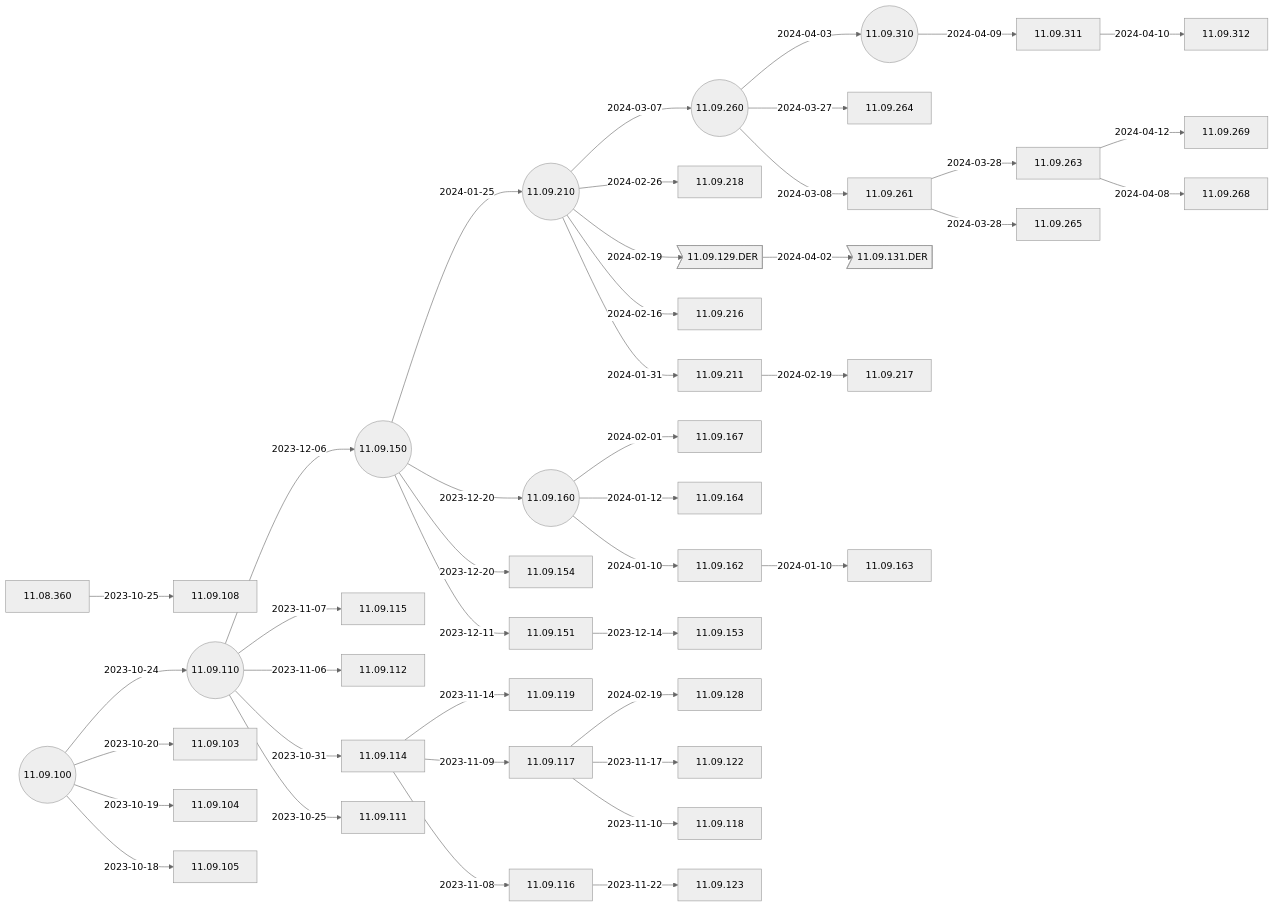
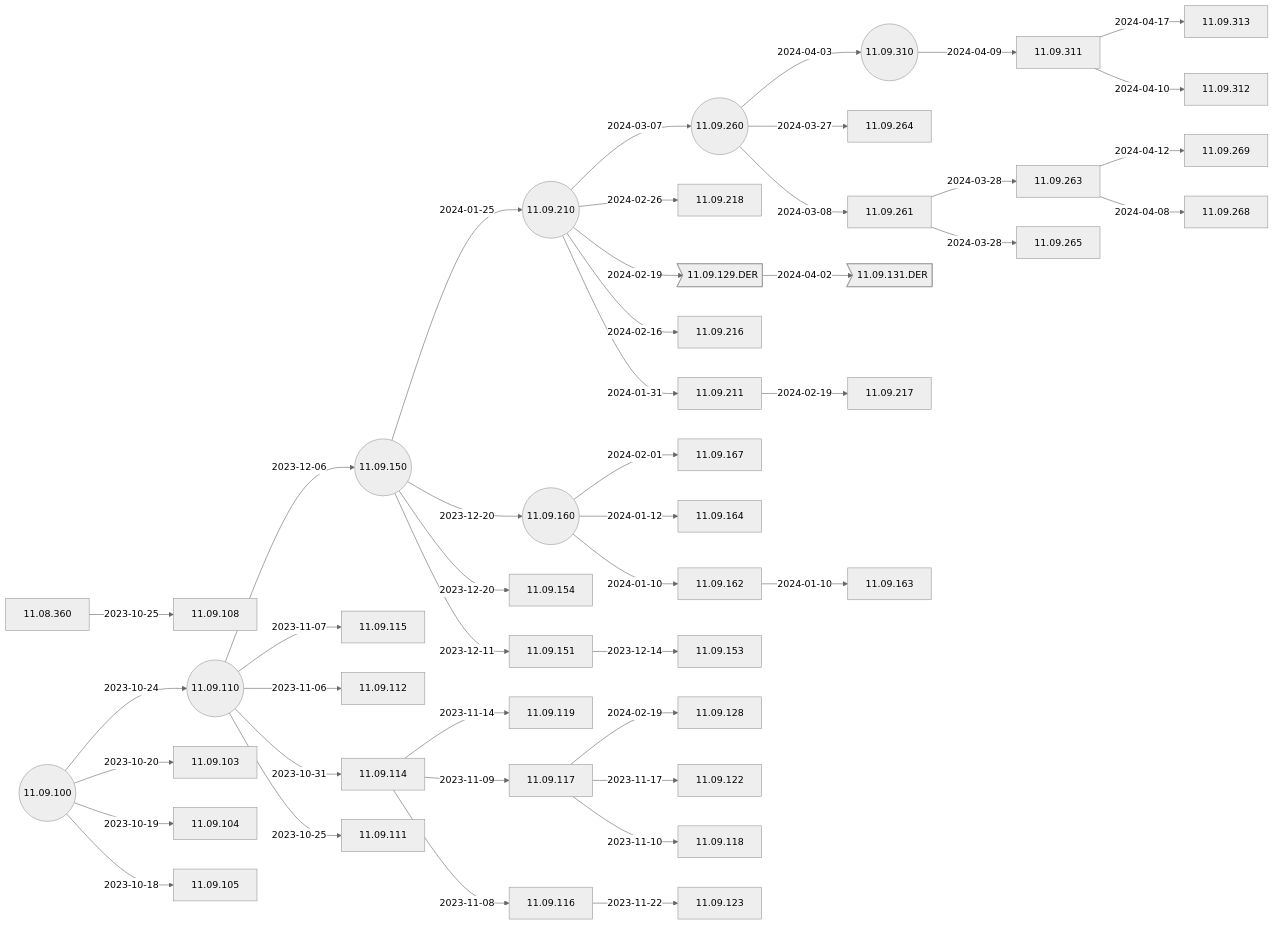
Before and after one commit to IGEL-Community/IGEL-Docs-v02: the second of 5 diagrams in docs/Docs/ReleaseNotes/01-OS11/README.md, drawn with Mermaid (neutral theme). The commit also changed 1 other file, not shown here.

Commit message:
11.09.313 < 11.09.311

````diff
--- a/docs/Docs/ReleaseNotes/01-OS11/README.md
+++ b/docs/Docs/ReleaseNotes/01-OS11/README.md
@@ -41,5 +41,6 @@
 ```mermaid
 flowchart LR
+    11.09.311-- 2024-04-17 -->11.09.313
     11.09.263-- 2024-04-12 -->11.09.269
     11.09.311-- 2024-04-10 -->11.09.312
     11.09.310-- 2024-04-09 -->11.09.311
@@ -83,6 +84,7 @@
     11.09.100-- 2023-10-19 -->11.09.104
     11.09.100-- 2023-10-18 -->11.09.105
     11.09.100((11.09.100))
+    click 11.09.313 "https://github.com/IGEL-Community/IGEL-Docs-v02/tree/main/docs/Docs/ReleaseNotes/01-OS11/readme11.09.313.txt" _blank
     click 11.09.269 "https://github.com/IGEL-Community/IGEL-Docs-v02/tree/main/docs/Docs/ReleaseNotes/01-OS11/readme11.09.269.txt" _blank
     click 11.09.312 "https://github.com/IGEL-Community/IGEL-Docs-v02/tree/main/docs/Docs/ReleaseNotes/01-OS11/readme11.09.312.txt" _blank
     click 11.09.311 "https://github.com/IGEL-Community/IGEL-Docs-v02/tree/main/docs/Docs/ReleaseNotes/01-OS11/readme11.09.311.txt" _blank
````
